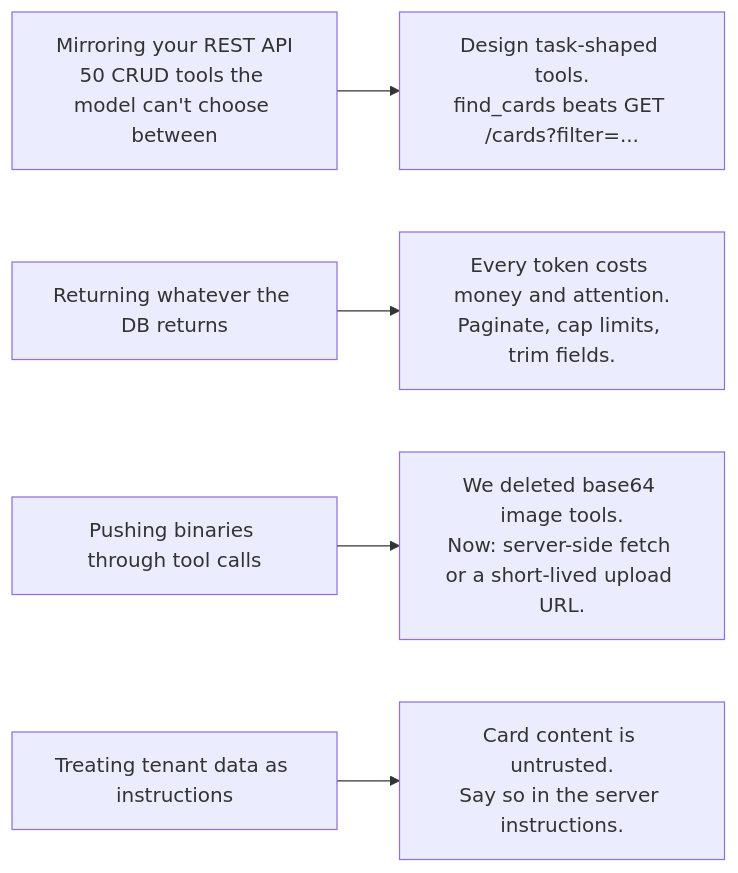
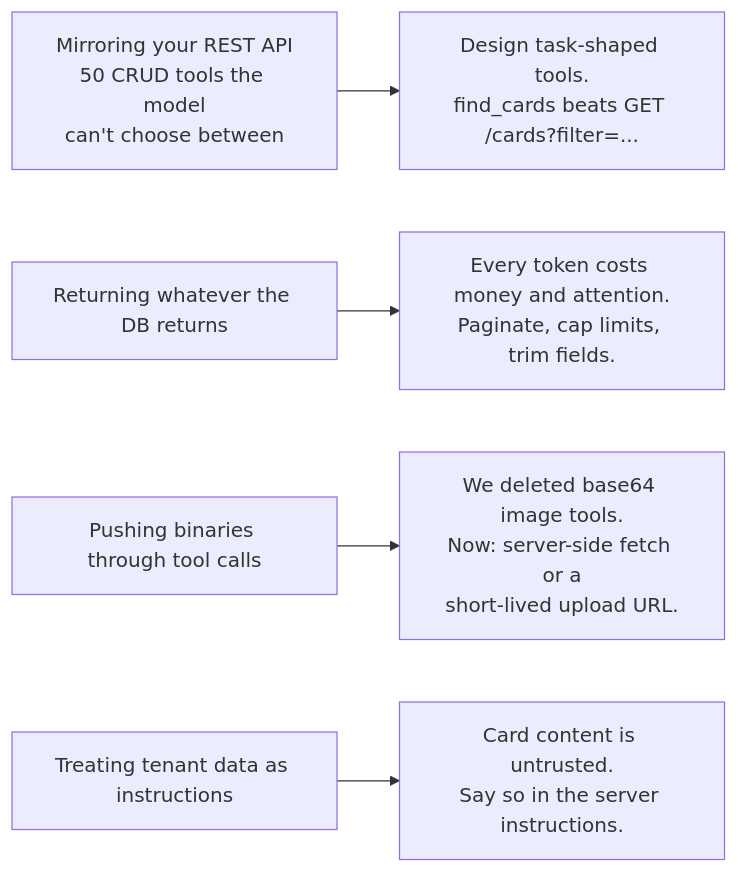
Diagram 12 of 12 in docs/mcp-presentation.md (sebastiangeiger01/ankitalk), drawn with Mermaid before and after one commit. The commit also changed other lines of this file, not shown here.

First line of the commit message:
Improve diagram legibility in the MCP walkthrough

````diff
--- a/docs/mcp-presentation.md
+++ b/docs/mcp-presentation.md
@@ -355,7 +355,7 @@
 ```mermaid
 graph LR
-  M1["Mirroring your REST API<br/>50 CRUD tools the model can't choose between"] --> F1["Design task-shaped tools.<br/>find_cards beats GET /cards?filter=..."]
+  M1["Mirroring your REST API<br/>50 CRUD tools the model<br/>can't choose between"] --> F1["Design task-shaped tools.<br/>find_cards beats GET /cards?filter=..."]
   M2["Returning whatever the DB returns"] --> F2["Every token costs money and attention.<br/>Paginate, cap limits, trim fields."]
-  M3["Pushing binaries through tool calls"] --> F3["We deleted base64 image tools.<br/>Now: server-side fetch or a short-lived upload URL."]
+  M3["Pushing binaries through tool calls"] --> F3["We deleted base64 image tools.<br/>Now: server-side fetch or a<br/>short-lived upload URL."]
   M4["Treating tenant data as instructions"] --> F4["Card content is untrusted.<br/>Say so in the server instructions."]
 ```
````
